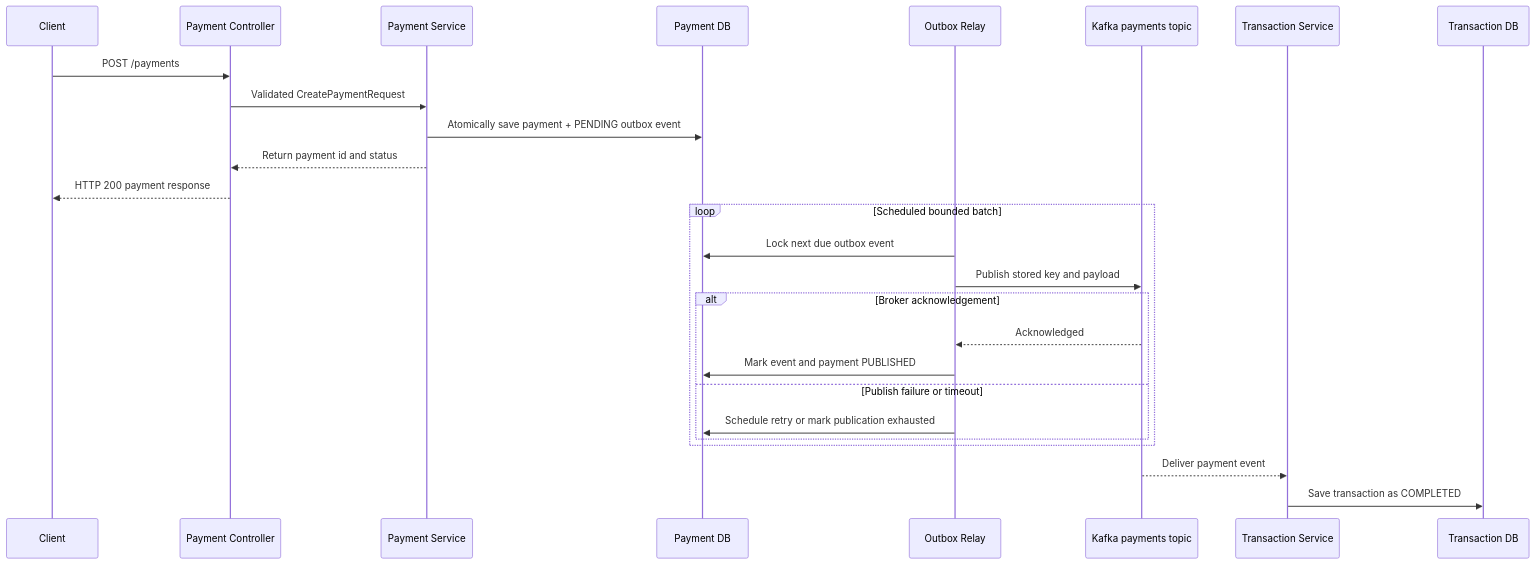
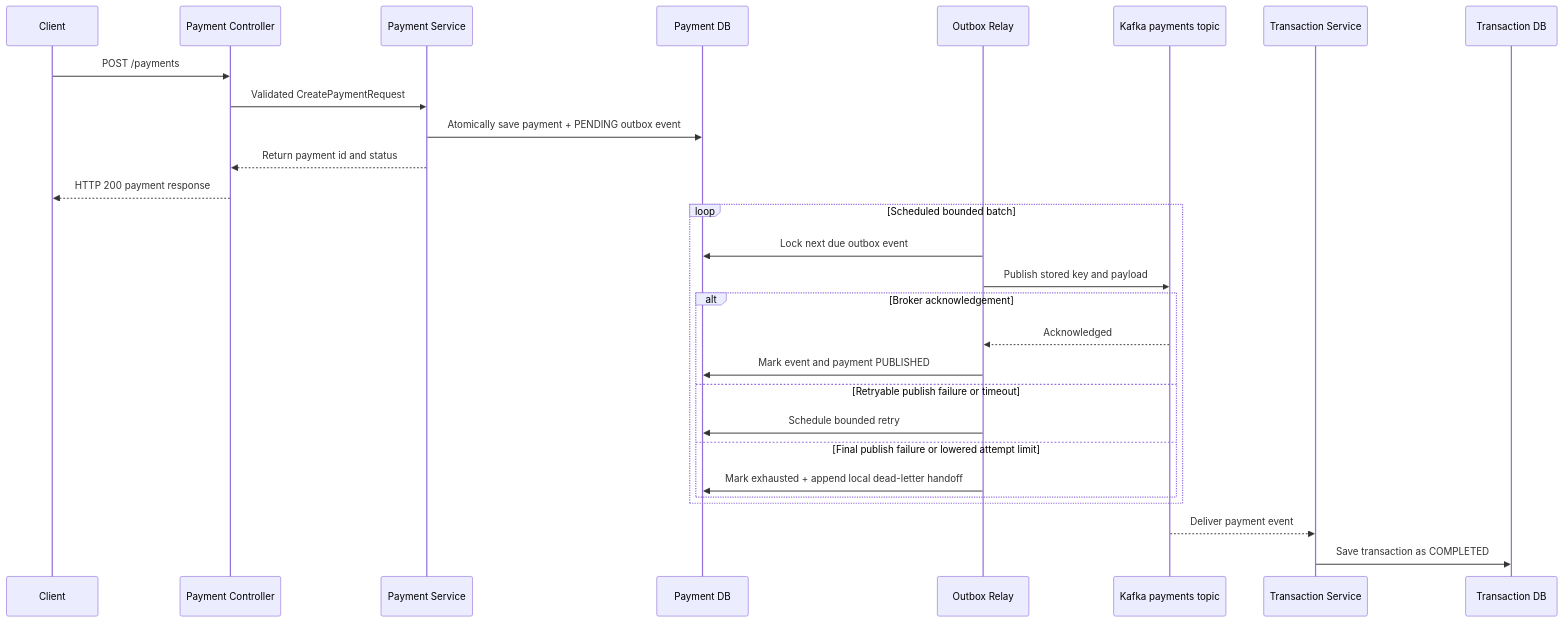
One commit to J4vedskh/finbank-microservices-lab changed the first of 3 diagrams in docs/architecture.md. Above: the diagram before and after it, drawn with Mermaid. The commit also changed other lines of this file and 22 other files, not shown here.

Commit message:
Persist atomic outbox dead-letter handoffs (#22)

````diff
--- a/docs/architecture.md
+++ b/docs/architecture.md
@@ -16,29 +16,31 @@
 ```mermaid
 sequenceDiagram
     participant Client
     participant API as Payment Controller
     participant Payments as Payment Service
     participant DB as Payment DB
     participant Relay as Outbox Relay
     participant Kafka as Kafka payments topic
     participant Ledger as Transaction Service
     participant LedgerDB as Transaction DB
 
     Client->>API: POST /payments
     API->>Payments: Validated CreatePaymentRequest
     Payments->>DB: Atomically save payment + PENDING outbox event
     Payments-->>API: Return payment id and status
     API-->>Client: HTTP 200 payment response
     loop Scheduled bounded batch
         Relay->>DB: Lock next due outbox event
         Relay->>Kafka: Publish stored key and payload
         alt Broker acknowledgement
             Kafka-->>Relay: Acknowledged
             Relay->>DB: Mark event and payment PUBLISHED
-        else Publish failure or timeout
-            Relay->>DB: Schedule retry or mark publication exhausted
+        else Retryable publish failure or timeout
+            Relay->>DB: Schedule bounded retry
+        else Final publish failure or lowered attempt limit
+            Relay->>DB: Mark exhausted + append local dead-letter handoff
         end
     end
     Kafka-->>Ledger: Deliver payment event
     Ledger->>LedgerDB: Save transaction as COMPLETED
 ```
````
